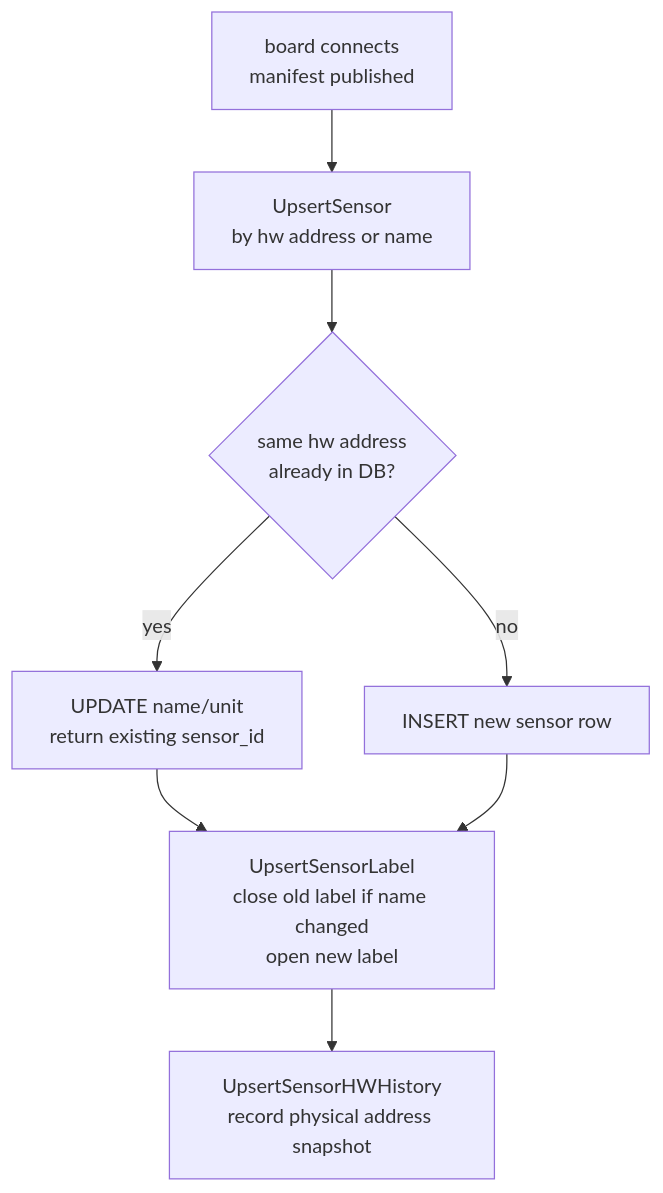
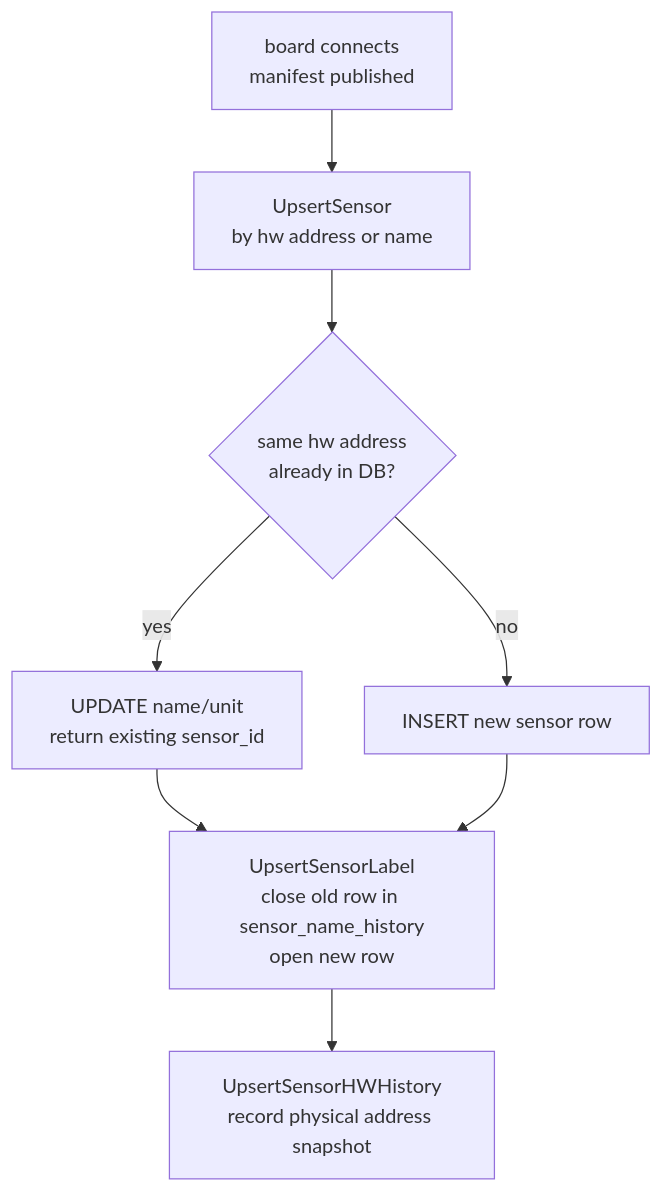
The second of 4 diagrams in leaflab/DATA.md (whale-net/everything), drawn with Mermaid before and after one commit. The commit also changed other lines of this file and 5 other files, not shown here.

Commit message:
docs(leaflab): update schema docs and SCD2 agent instructions for view layer

````diff
--- a/leaflab/DATA.md
+++ b/leaflab/DATA.md
@@ -127,10 +128,10 @@
 ```mermaid
 flowchart TD
     A[board connects\nmanifest published] --> B[UpsertSensor\nby hw address or name]
     B --> C{same hw address\nalready in DB?}
     C -- yes --> D[UPDATE name/unit\nreturn existing sensor_id]
     C -- no  --> E[INSERT new sensor row]
-    D --> F[UpsertSensorLabel\nclose old label if name changed\nopen new label]
+    D --> F[UpsertSensorLabel\nclose old row in sensor_name_history\nopen new row]
     E --> F
     F --> G[UpsertSensorHWHistory\nrecord physical address snapshot]
 ```
````
